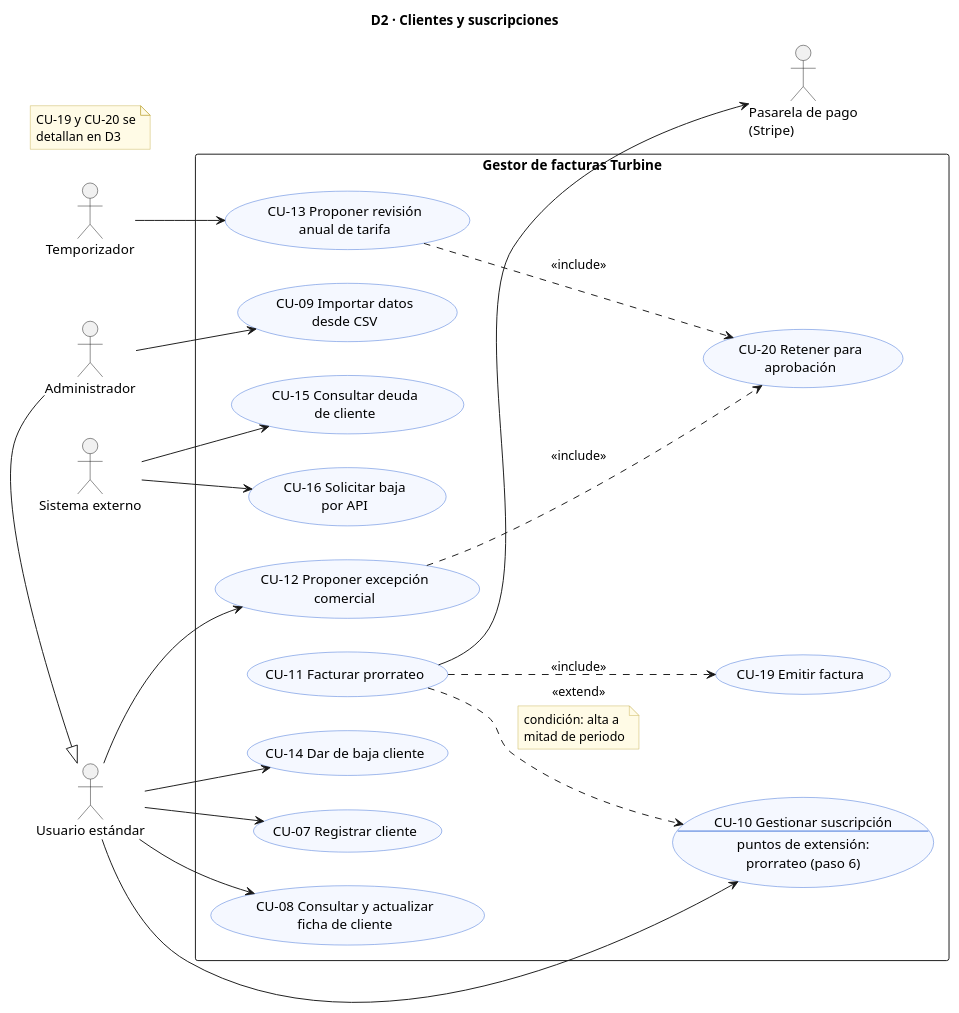
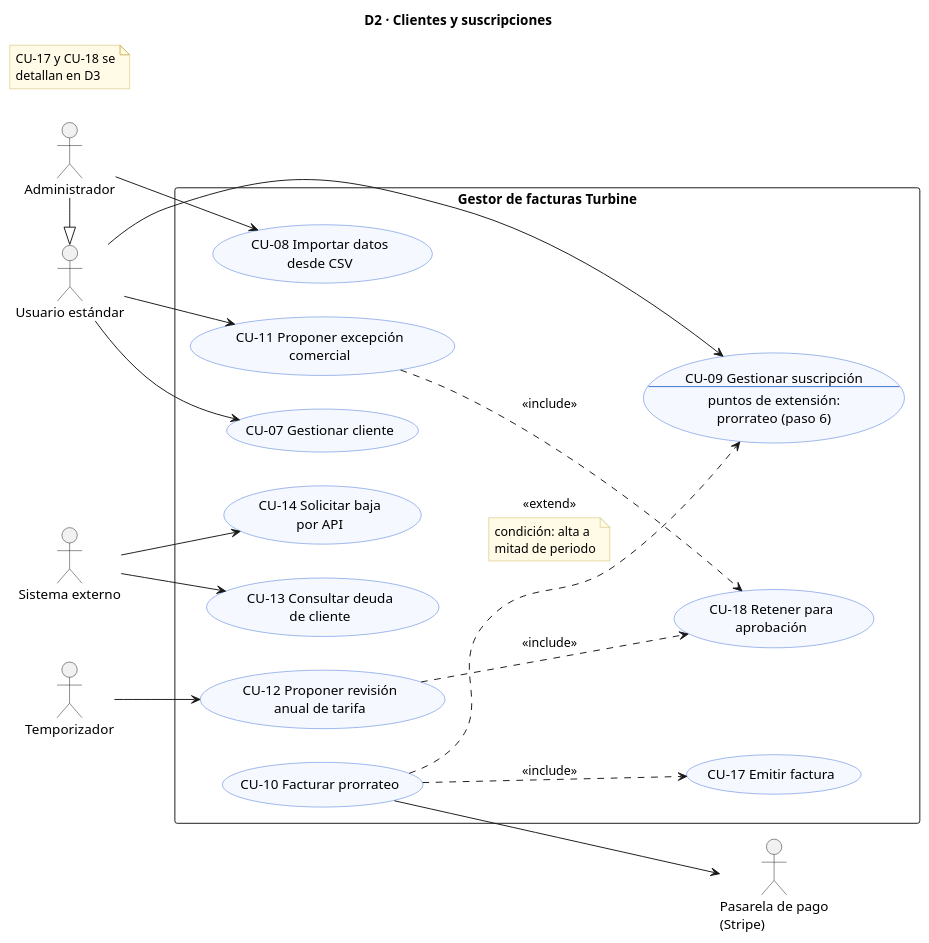
One commit to ItsYous3fBro/turbine_ADAP changed the diagram in docs/Finales/PUML casos de uso/DiagramaCU_D2_Clientes.puml. Above: the diagram before and after it, drawn with PlantUML. The commit also changed 11 other files, not shown here.

```diff
--- a/docs/Finales/PUML casos de uso/DiagramaCU_D2_Clientes.puml
+++ b/docs/Finales/PUML casos de uso/DiagramaCU_D2_Clientes.puml
@@ -1,57 +1,53 @@
 @startuml DiagramaCU_D2_Clientes
 title D2 · Clientes y suscripciones
 left to right direction
 skinparam shadowing false
 skinparam packageStyle rectangle
 skinparam usecase {
   BackgroundColor #F5F8FF
   BorderColor #3B6FD8
 }
 skinparam note {
   BackgroundColor #FFFBE6
   BorderColor #C9B458
 }
 actor "Usuario estándar" as US
 actor "Administrador" as AD
 actor "Temporizador" as TM
 actor "Sistema externo" as EXT
 actor "Pasarela de pago\n(Stripe)" as PP
 AD -|> US
 
 rectangle "Gestor de facturas Turbine" {
-  usecase "CU-07 Registrar cliente" as CU07
-  usecase "CU-08 Consultar y actualizar\nficha de cliente" as CU08
-  usecase "CU-09 Importar datos\ndesde CSV" as CU09
-  usecase CU10 as "CU-10 Gestionar suscripción
+  usecase "CU-07 Gestionar cliente" as CU07
+  usecase "CU-08 Importar datos\ndesde CSV" as CU08
+  usecase CU09 as "CU-09 Gestionar suscripción
 --
 puntos de extensión:
 prorrateo (paso 6)"
-  usecase "CU-11 Facturar prorrateo" as CU11
-  usecase "CU-12 Proponer excepción\ncomercial" as CU12
-  usecase "CU-13 Proponer revisión\nanual de tarifa" as CU13
-  usecase "CU-14 Dar de baja cliente" as CU14
-  usecase "CU-15 Consultar deuda\nde cliente" as CU15
-  usecase "CU-16 Solicitar baja\npor API" as CU16
-  usecase "CU-19 Emitir factura" as CU19
-  usecase "CU-20 Retener para\naprobación" as CU20
+  usecase "CU-10 Facturar prorrateo" as CU10
+  usecase "CU-11 Proponer excepción\ncomercial" as CU11
+  usecase "CU-12 Proponer revisión\nanual de tarifa" as CU12
+  usecase "CU-13 Consultar deuda\nde cliente" as CU13
+  usecase "CU-14 Solicitar baja\npor API" as CU14
+  usecase "CU-17 Emitir factura" as CU17
+  usecase "CU-18 Retener para\naprobación" as CU18
 }
 US --> CU07
-US --> CU08
-US --> CU10
-US --> CU12
-US --> CU14
-AD --> CU09
-TM --> CU13
-EXT --> CU15
-EXT --> CU16
-CU11 --> PP
-CU11 ..> CU10 : <<extend>>
+US --> CU09
+US --> CU11
+AD --> CU08
+TM --> CU12
+EXT --> CU13
+EXT --> CU14
+CU10 --> PP
+CU10 ..> CU09 : <<extend>>
 note on link
   condición: alta a
   mitad de periodo
 end note
-CU11 ..> CU19 : <<include>>
-CU12 ..> CU20 : <<include>>
-CU13 ..> CU20 : <<include>>
-note "CU-19 y CU-20 se\ndetallan en D3" as N1
+CU10 ..> CU17 : <<include>>
+CU11 ..> CU18 : <<include>>
+CU12 ..> CU18 : <<include>>
+note "CU-17 y CU-18 se\ndetallan en D3" as N1
 @enduml
```
